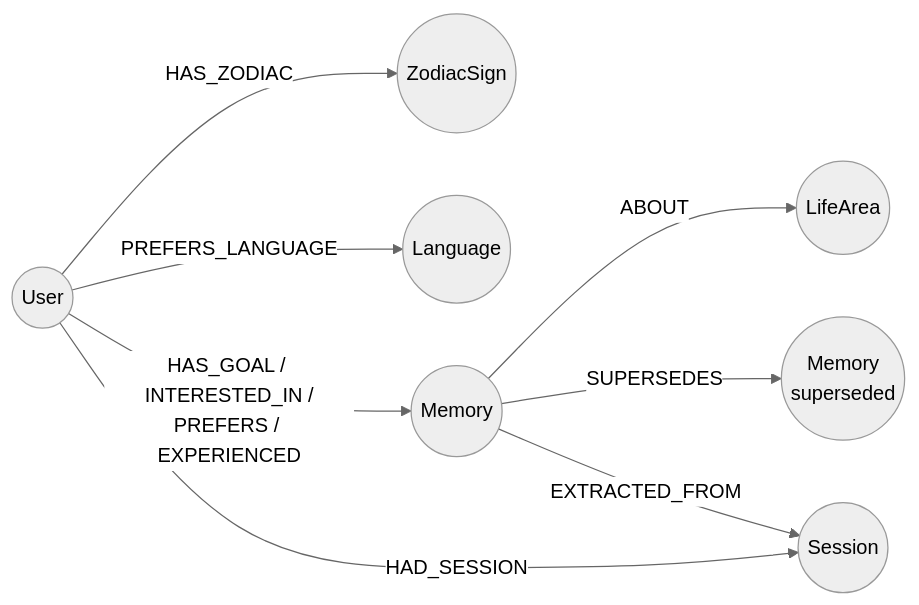
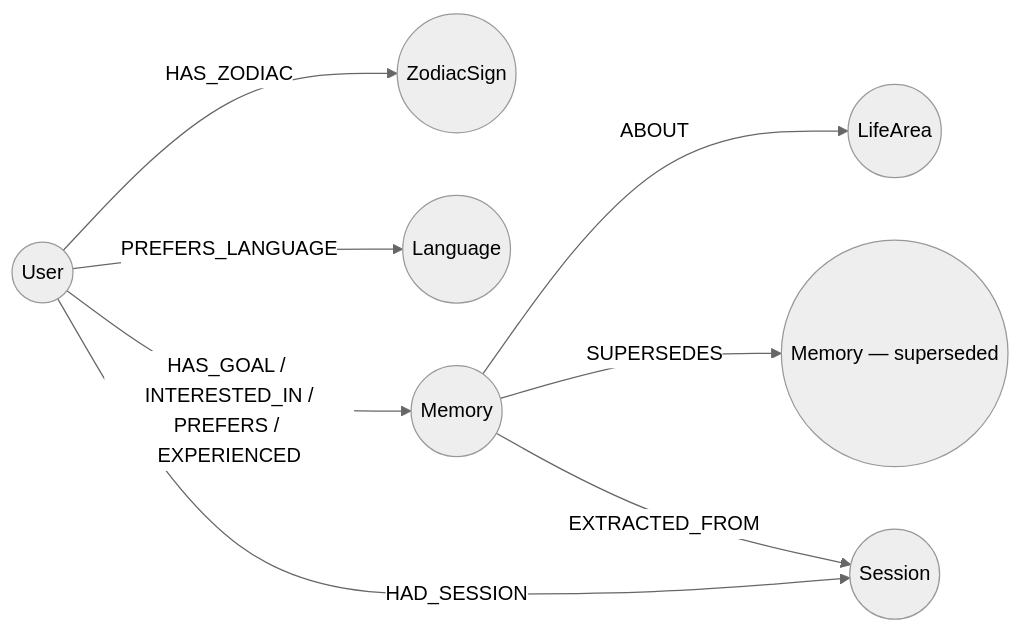
Before and after one commit to Ankit-Bharti2908/astro_app: the fourth of 4 diagrams in docs/ARCHITECTURE.md, drawn with Mermaid (neutral theme). The commit also changed other lines of this file and 4 other files, not shown here.

````diff
--- a/docs/ARCHITECTURE.md
+++ b/docs/ARCHITECTURE.md
@@ -176,10 +158,10 @@
 ```mermaid
 flowchart LR
     U((User)) -->|HAS_ZODIAC| Z((ZodiacSign))
     U -->|PREFERS_LANGUAGE| L((Language))
     U -->|HAS_GOAL / INTERESTED_IN /<br/>PREFERS / EXPERIENCED| M((Memory))
     M -->|ABOUT| LA((LifeArea))
-    M -->|SUPERSEDES| M2((Memory<br/>superseded))
+    M -->|SUPERSEDES| M2((Memory — superseded))
     M -->|EXTRACTED_FROM| S((Session))
     U -->|HAD_SESSION| S
 ```
````
